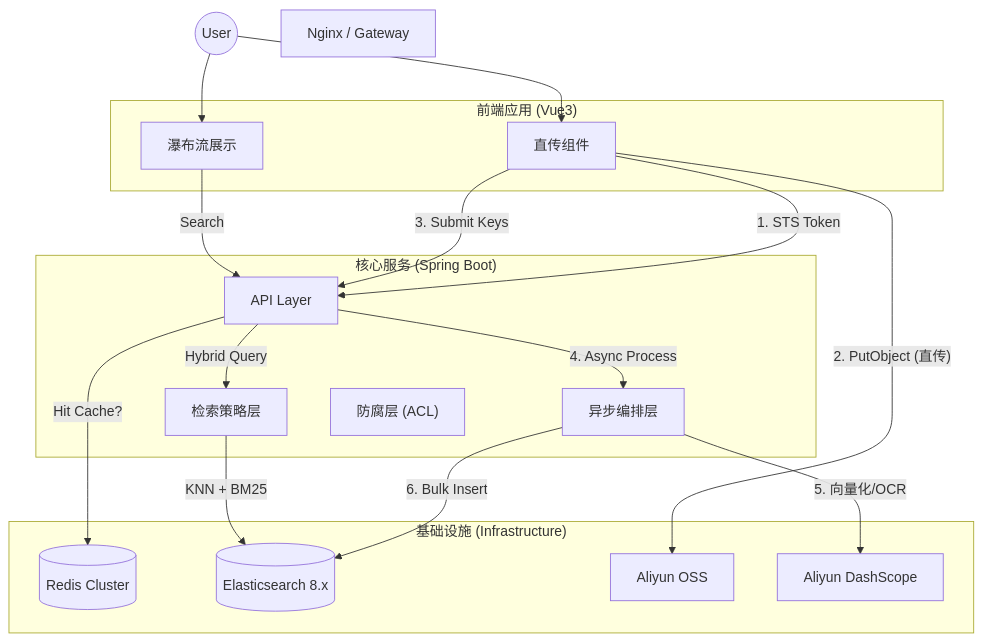
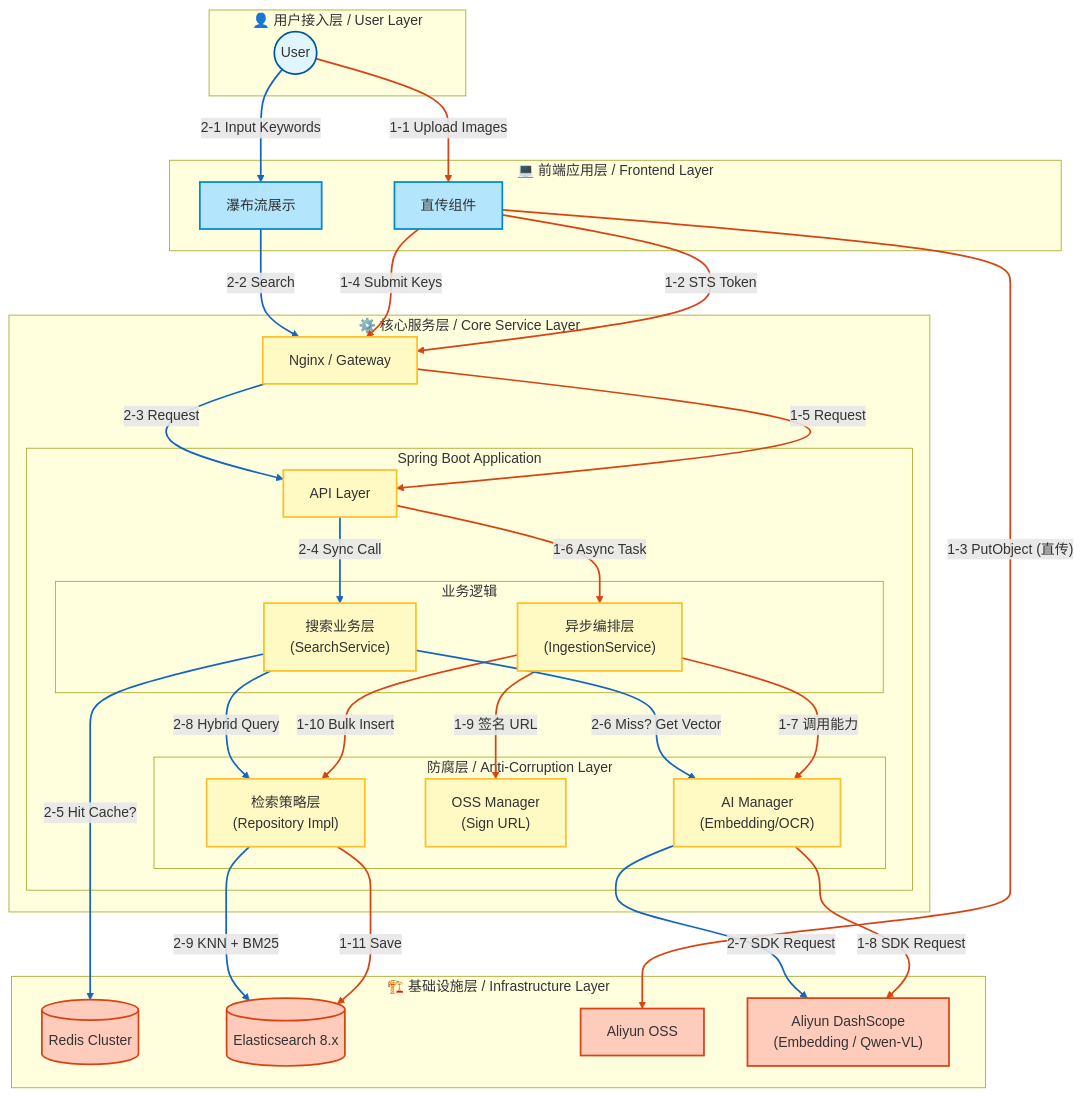
Before and after one commit to ryanmeowy/smart-vision: the diagram in README.md, drawn with Mermaid. The commit also changed 2 other files, not shown here.

Commit message:
refactor(core): Adjust the retrieval configuration and optimize the schema

````diff
--- a/README.md
+++ b/README.md
@@ -35,40 +35,84 @@
 ```mermaid
 graph TD
-    User((User))
-    Gateway[Nginx / Gateway]
+    %% ================= 样式定义 =================
+    classDef user fill:#e1f5fe,stroke:#01579b,stroke-width:2px;
+    classDef frontend fill:#b3e5fc,stroke:#0288d1,stroke-width:2px;
+    classDef backend fill:#fff9c4,stroke:#fbc02d,stroke-width:2px;
+    classDef infra fill:#ffccbc,stroke:#d84315,stroke-width:2px;
     
-    subgraph "前端应用 (Vue3)"
-        Uploader[直传组件]
-        SearchUI[瀑布流展示]
+    %% ================= 1. 用户层 =================
+    subgraph Layer_1 [👤 用户接入层 / User Layer]
+        User((User)):::user
     end
 
-    subgraph "核心服务 (Spring Boot)"
-        Controller[API Layer]
-        AsyncService[异步编排层]
-        Strategy[检索策略层]
-        ACL["防腐层 (ACL)"]
+    %% ================= 2. 前端应用层 =================
+    subgraph Layer_2 [💻 前端应用层 / Frontend Layer]
+        Uploader[直传组件]:::frontend
+        SearchUI[瀑布流展示]:::frontend
     end
 
-    subgraph "基础设施 (Infrastructure)"
-        Redis[(Redis Cluster)]
-        ES[(Elasticsearch 8.x)]
-        OSS[Aliyun OSS]
-        AI_SaaS[Aliyun DashScope]
+    %% ================= 3. 核心服务层 =================
+    subgraph Layer_3 [⚙️ 核心服务层 / Core Service Layer]
+        Gateway[Nginx / Gateway]:::backend
+        
+        subgraph SpringBoot [Spring Boot Application]
+            Controller[API Layer]:::backend
+            
+            subgraph Business_Logic [业务逻辑]
+                AsyncService["异步编排层<br>(IngestionService)"]:::backend
+                SearchService["搜索业务层<br>(SearchService)"]:::backend
+            end
+            
+            subgraph ACL_Layer [防腐层 / Anti-Corruption Layer]
+                ACL_AI["AI Manager<br>(Embedding/OCR)"]:::backend
+                ACL_OSS["OSS Manager<br>(Sign URL)"]:::backend
+                Strategy["检索策略层<br>(Repository Impl)"]:::backend
+            end
+        end
     end
 
-    %% 写入链路
-    User --> Uploader
-    Uploader -- "1. STS Token" --> Controller
-    Uploader -- "2. PutObject (直传)" --> OSS
-    Uploader -- "3. Submit Keys" --> Controller
-    Controller -- "4. Async Process" --> AsyncService
-    AsyncService -- "5. 向量化/OCR" --> AI_SaaS
-    AsyncService -- "6. Bulk Insert" --> ES
+    %% ================= 4. 基础设施层 =================
+    subgraph Layer_4 [🏗️ 基础设施层 / Infrastructure Layer]
+        Redis[(Redis Cluster)]:::infra
+        ES[(Elasticsearch 8.x)]:::infra
+        OSS[Aliyun OSS]:::infra
+        AI_SaaS["Aliyun DashScope<br>(Embedding / Qwen-VL)"]:::infra
+    end
 
-    %% 读取链路
-    User --> SearchUI
-    SearchUI -- "Search" --> Controller
-    Controller -- "Hit Cache?" --> Redis
-    Controller -- "Hybrid Query" --> Strategy
-    Strategy -- "KNN + BM25" --> ES
+    %% ==========================================
+    %% 链路连接
+    %% ==========================================
+
+    %% 0. 接入
+    User -- "1-1 Upload Images" --> Uploader
+    User -- "2-1 Input Keywords" --> SearchUI
+
+    %% 1. 写入链路 (Write Path) - 红色
+    Uploader -- "1-2 STS Token" --> Gateway
+    Uploader -- "1-3 PutObject (直传)" --> OSS
+    Uploader -- "1-4 Submit Keys" --> Gateway
+    Gateway -- "1-5 Request" -->Controller
+    Controller -- "1-6 Async Task" --> AsyncService
+    AsyncService -- "1-7 调用能力" --> ACL_AI
+    ACL_AI -- "1-8 SDK Request" --> AI_SaaS
+    AsyncService -- "1-9 签名 URL" --> ACL_OSS
+    AsyncService -- "1-10 Bulk Insert" --> Strategy
+    Strategy -- "1-11 Save" --> ES
+
+    %% 2. 读取链路 (Read Path) - 蓝色
+    SearchUI -- "2-2 Search" --> Gateway
+    Gateway --"2-3 Request"--> Controller
+    Controller --"2-4 Sync Call"--> SearchService
+    SearchService -- "2-5 Hit Cache?" --> Redis
+    SearchService -- "2-6 Miss? Get Vector" --> ACL_AI
+    ACL_AI -- "2-7 SDK Request" --> AI_SaaS
+    SearchService -- "2-8 Hybrid Query" --> Strategy
+    Strategy -- "2-9 KNN + BM25" --> ES
+
+    %% ================= 样式微调 =================
+    %% 写入链路 (红)
+    linkStyle 0,2,3,4,5,6,7,8,9,10,11 stroke:#d84315,stroke-width:2px;
+
+    %% 读取链路 (蓝)
+     linkStyle 1,12,13,14,15,16,17,18,19 stroke:#1565c0,stroke-width:2px;
 ```
````
